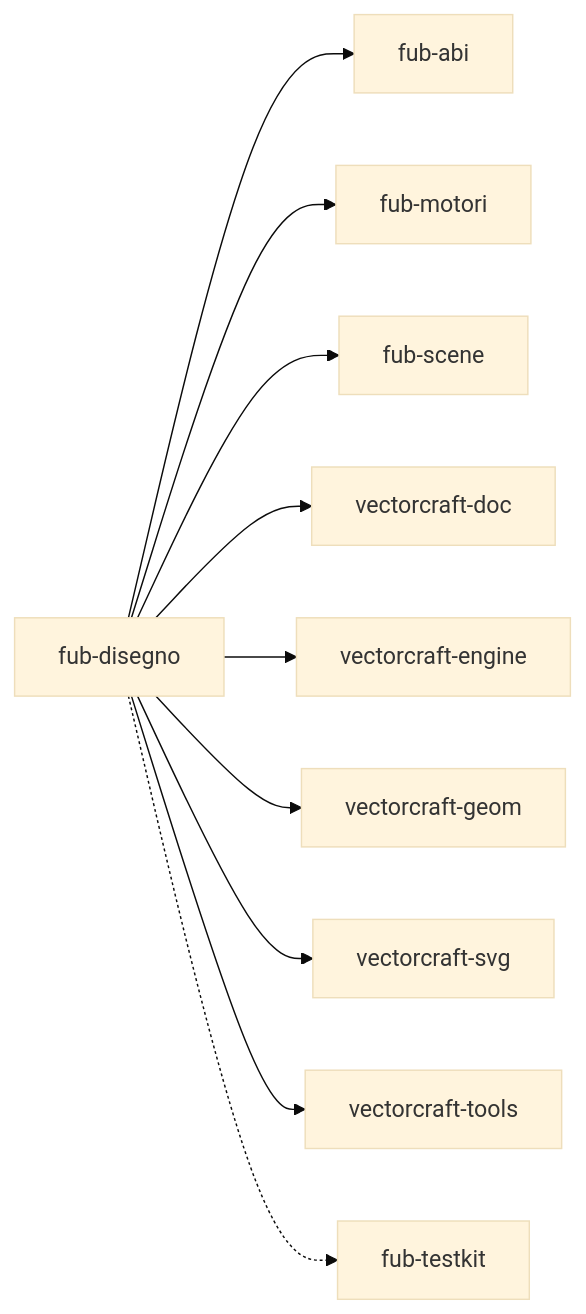
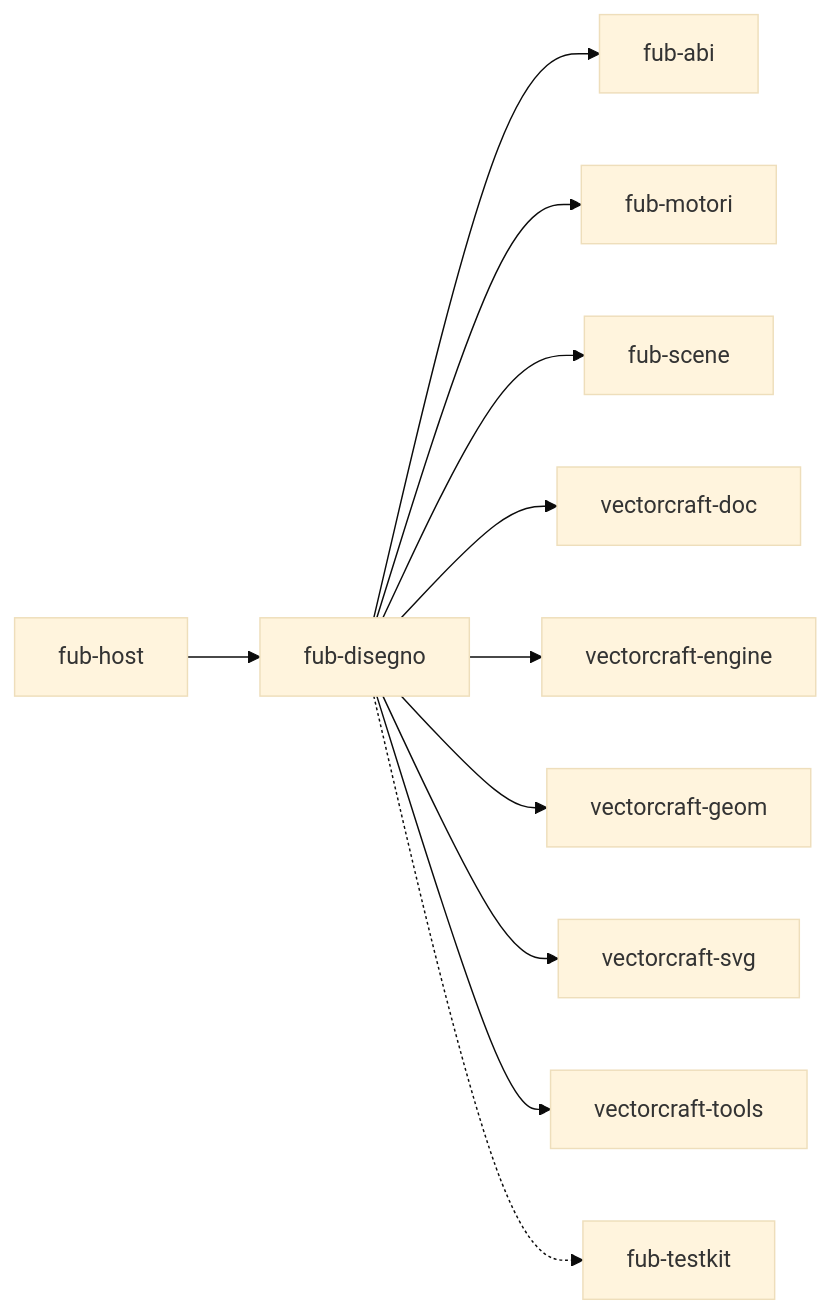
The second of 3 diagrams in docs/architecture/disegno.md (Fubeo/Fub), drawn with Mermaid (base theme) before and after one commit. The commit also changed other lines of this file and 13 other files, not shown here.

Commit message:
feat(componenti): il Motore del disegno come componente acceso di serie in Disegnare

````diff
--- a/docs/architecture/disegno.md
+++ b/docs/architecture/disegno.md
@@ -267,27 +268,30 @@
 ```mermaid
 flowchart LR
     %% @grafo-dipendenze
-    %% Il seguito del grafo: fub-disegno, i crate di Fub da cui dipende e
-    %% quelli di VectorCraft che nomina.
+    %% Il seguito del grafo: fub-disegno, chi lo prende (l'host, con la
+    %% feature `engine-drawing`), i crate di Fub da cui dipende e quelli di
+    %% VectorCraft che nomina.
 
+    host["fub-host"]
     disegno["fub-disegno"]
     abi["fub-abi"]
     motori["fub-motori"]
     scene["fub-scene"]
     testkit["fub-testkit"]
     vdoc["vectorcraft-doc"]
     vengine["vectorcraft-engine"]
     vgeom["vectorcraft-geom"]
     vsvg["vectorcraft-svg"]
     vtools["vectorcraft-tools"]
 
+    host --> disegno
     disegno --> abi
     disegno --> motori
     disegno --> scene
     disegno --> vdoc
     disegno --> vengine
     disegno --> vgeom
     disegno --> vsvg
     disegno --> vtools
     disegno -.-> testkit
 ```
````
